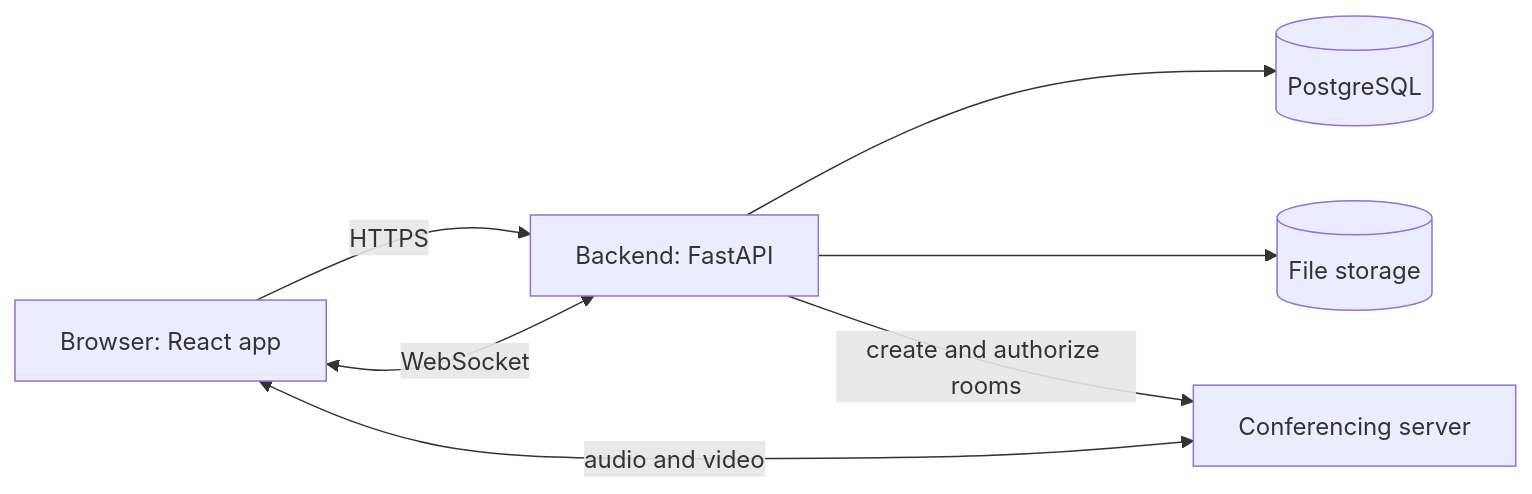
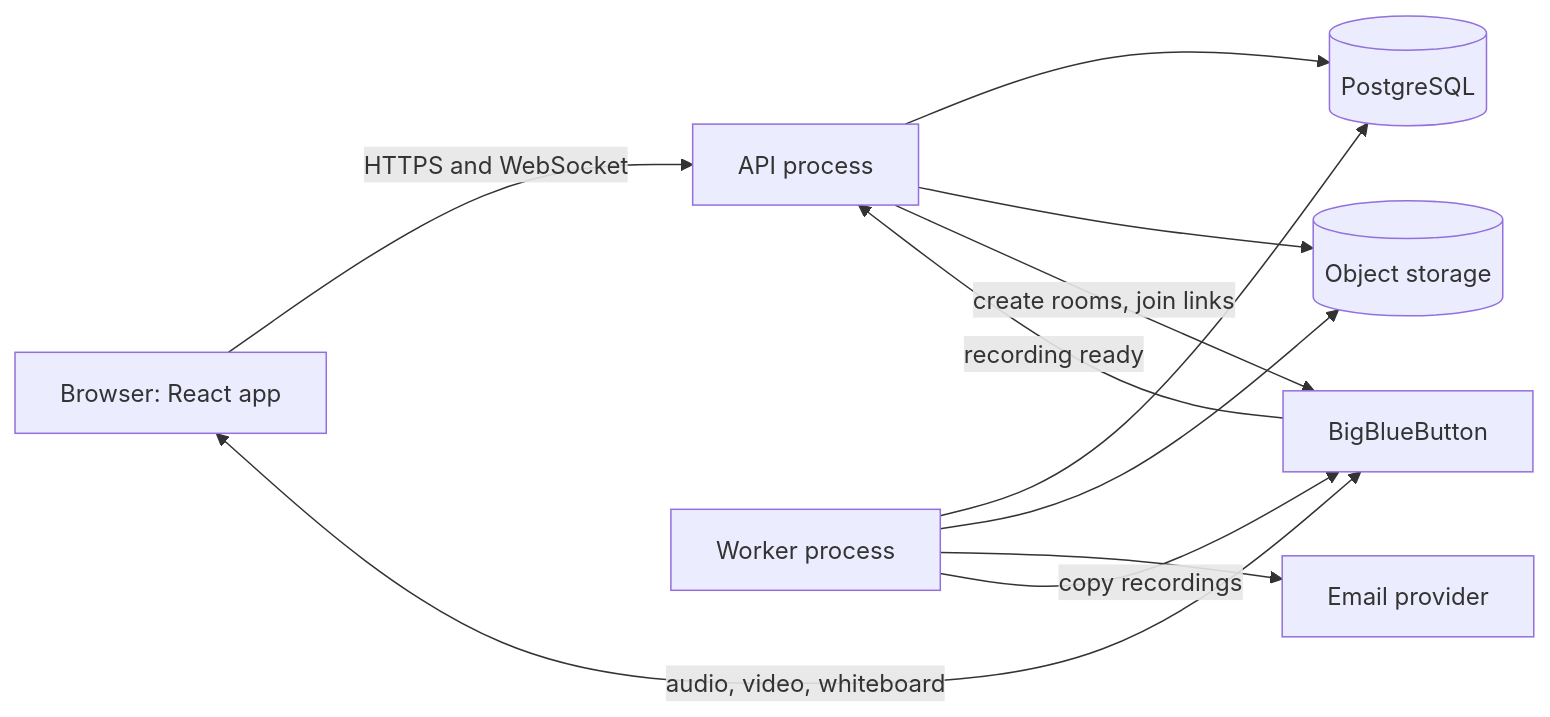
The diagram in docs/technical-introduction.md (klukashka/ovc), drawn with Mermaid before and after one commit. The commit also changed other lines of this file and 41 other files, not shown here.

````diff
--- a/docs/technical-introduction.md
+++ b/docs/technical-introduction.md
@@ -9,9 +9,13 @@
 ```mermaid
 graph LR
-  B[Browser: React app] -->|HTTPS| API[Backend: FastAPI]
-  B <-->|WebSocket| API
+  B[Browser: React app] -->|HTTPS and WebSocket| API[API process]
   API --> DB[(PostgreSQL)]
-  API --> FS[(File storage)]
-  API -->|create and authorize rooms| V[Conferencing server]
-  B <-->|audio and video| V
+  API --> S3[(Object storage)]
+  W[Worker process] --> DB
+  W --> S3
+  W --> M[Email provider]
+  API -->|create rooms, join links| V[BigBlueButton]
+  V -->|recording ready| API
+  W -->|copy recordings| V
+  B <-->|audio, video, whiteboard| V
 ```
````
